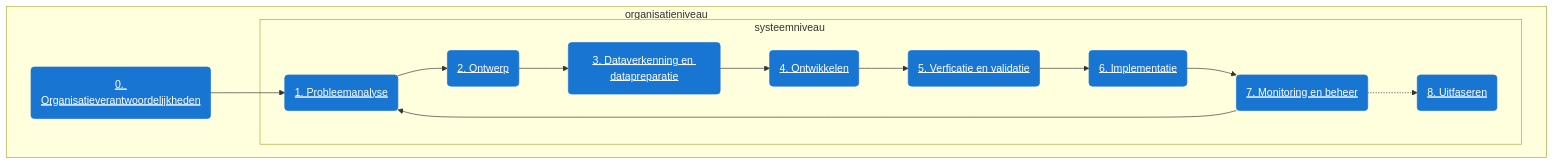
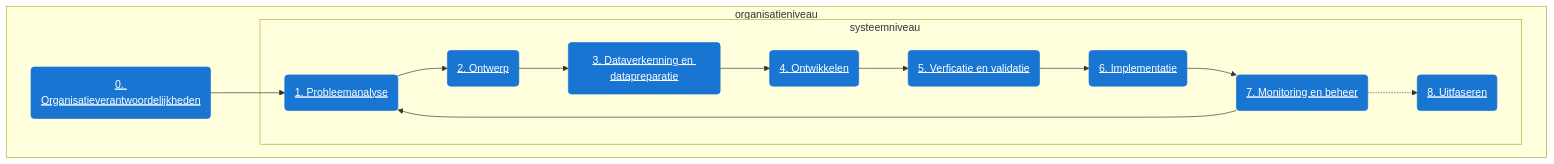
Before and after one commit to MinBZK/Algoritmekader: the diagram in docs/levenscyclus/index.md, drawn with Mermaid.

Commit message:
remove extra spaces for alignment

````diff
--- a/docs/levenscyclus/index.md
+++ b/docs/levenscyclus/index.md
@@ -42,40 +42,40 @@
 ```mermaid
 
   flowchart TD
-      subgraph organisatieniveau [organisatieniveau &nbsp&nbsp&nbsp&nbsp&nbsp&nbsp&nbsp&nbsp&nbsp&nbsp&nbsp&nbsp&nbsp&nbsp&nbsp&nbsp&nbsp&nbsp&nbsp&nbsp&nbsp&nbsp&nbsp&nbsp&nbsp&nbsp&nbsp&nbsp&nbsp&nbsp&nbsp&nbsp&nbsp&nbsp&nbsp&nbsp&nbsp&nbsp&nbsp&nbsp&nbsp&nbsp&nbsp&nbsp&nbsp&nbsp&nbsp&nbsp&nbsp&nbsp&nbsp&nbsp&nbsp&nbsp&nbsp&nbsp&nbsp&nbsp&nbsp&nbsp&nbsp&nbsp&nbsp&nbsp&nbsp&nbsp&nbsp&nbsp&nbsp&nbsp&nbsp&nbsp&nbsp&nbsp]
+      subgraph organisatieniveau [organisatieniveau]
         0(0. Organisatieverantwoordelijkheden) --> 1(1. Probleemanalyse);
-        subgraph systeemniveau [systeemniveau &nbsp&nbsp&nbsp&nbsp&nbsp&nbsp&nbsp&nbsp&nbsp&nbsp&nbsp&nbsp&nbsp&nbsp&nbsp&nbsp&nbsp&nbsp&nbsp&nbsp&nbsp&nbsp&nbsp&nbsp&nbsp&nbsp&nbsp&nbsp&nbsp&nbsp&nbsp&nbsp&nbsp&nbsp&nbsp&nbsp&nbsp&nbsp&nbsp&nbsp&nbsp&nbsp&nbsp&nbsp&nbsp&nbsp&nbsp&nbsp&nbsp&nbsp&nbsp&nbsp&nbsp&nbsp&nbsp&nbsp&nbsp&nbsp&nbsp&nbsp&nbsp&nbsp&nbsp&nbsp&nbsp&nbsp&nbsp&nbsp]
+        subgraph systeemniveau [systeemniveau &nbsp&nbsp&nbsp]
           7(7. Monitoring en beheer) --> 1(1. Probleemanalyse);
           1(1. Probleemanalyse) --> 2(2. Ontwerp);
           2(2. Ontwerp) --> 3(3. Dataverkenning en datapreparatie);
           3(3. Dataverkenning en datapreparatie) --> 4(4. Ontwikkelen);
           4(4. Ontwikkelen) --> 5(5. Verficatie en validatie);
           5(5. Verficatie en validatie) --> 6(6. Implementatie);
           6(6. Implementatie) --> 7(7. Monitoring en beheer);
           7(7. Monitoring en beheer) -.-> 8(8. Uitfaseren);
         end
       end
 
       click 0 href "organisatieverantwoordelijkheden"
       click 1 href "probleemanalyse"
       click 2 href "ontwerp"
       click 3 href "dataverkenning-en-datapreparatie"
       click 4 href "ontwikkelen"
       click 5 href "verificatie-en-validatie"
       click 6 href "implementatie"
       click 7 href "monitoring-en-beheer"
       click 8 href "uitfaseren"
 
       style 0 color:#fff, fill:#1975d2, stroke:#1975d2, text-decoration:underline;
       style 1 color:#fff, fill:#1975d2, stroke:#1975d2, text-decoration:underline;
       style 2 color:#fff, fill:#1975d2, stroke:#1975d2, text-decoration:underline;
       style 3 color:#fff, fill:#1975d2, stroke:#1975d2, text-decoration:underline;
       style 4 color:#fff, fill:#1975d2, stroke:#1975d2, text-decoration:underline;
       style 5 color:#fff, fill:#1975d2, stroke:#1975d2, text-decoration:underline;
       style 6 color:#fff, fill:#1975d2, stroke:#1975d2, text-decoration:underline;
       style 7 color:#fff, fill:#1975d2, stroke:#1975d2, text-decoration:underline;
       style 8 color:#fff, fill:#1975d2, stroke:#1975d2, text-decoration:underline;
 
       style organisatieniveau fill:transparant
 
 ```
````
